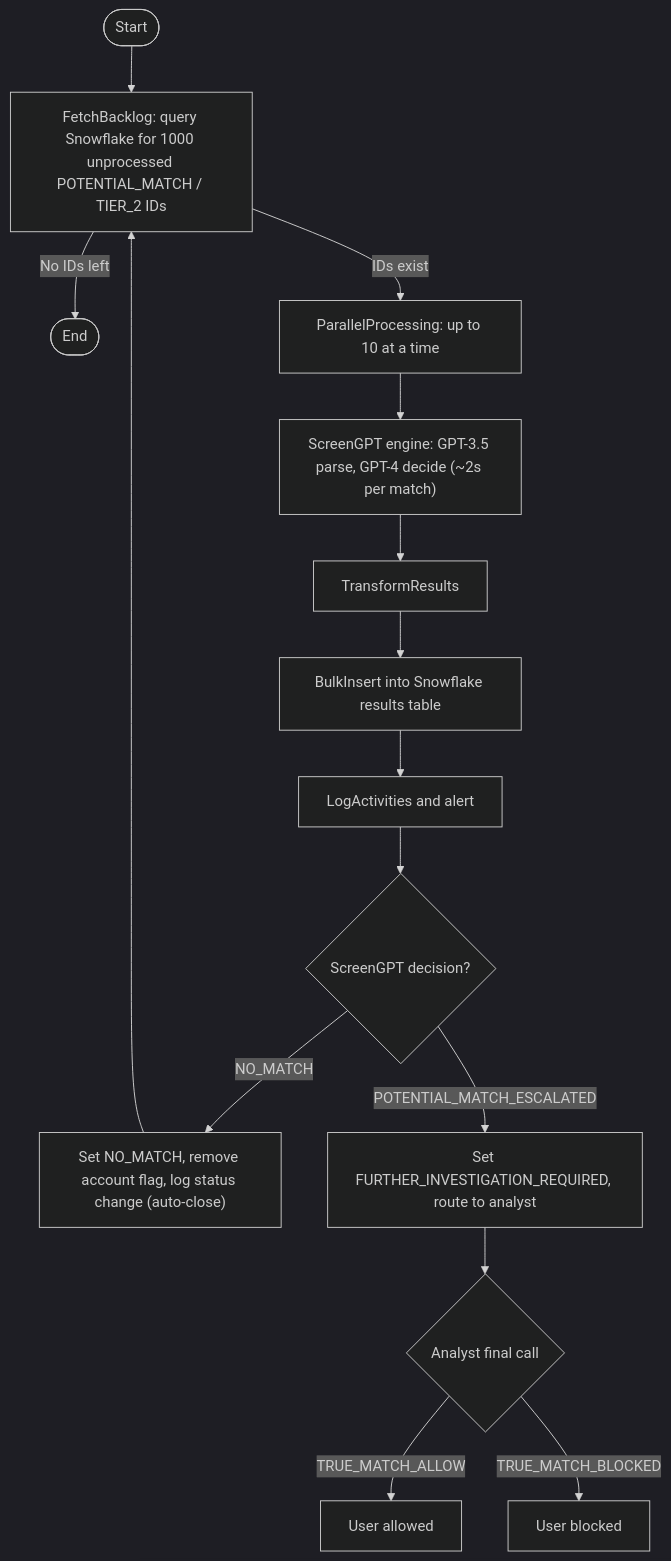
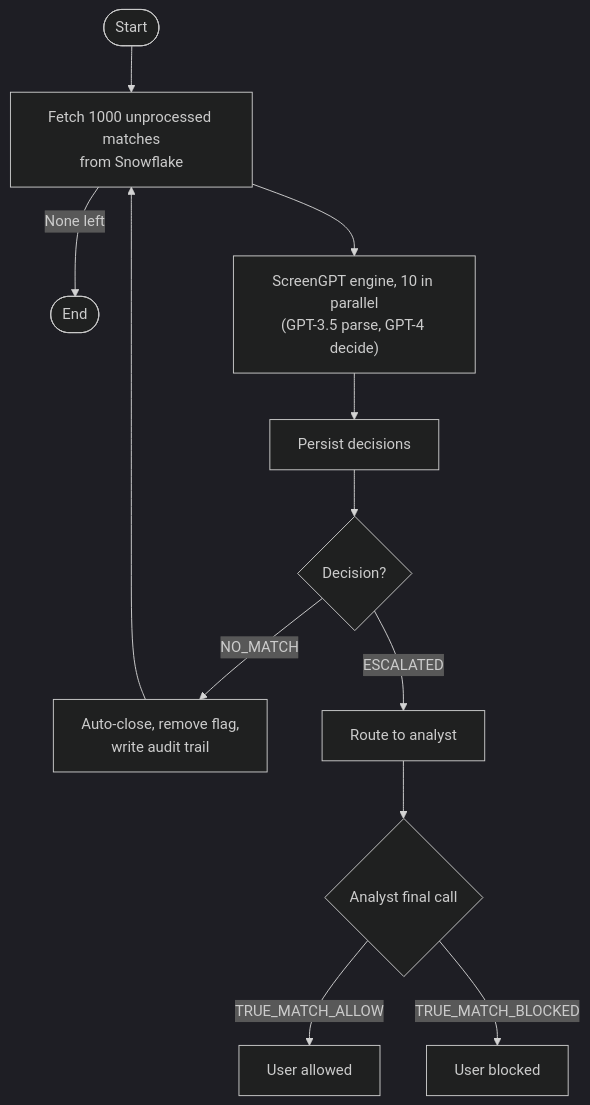
One commit to pradhann/np changed the diagram in content/work/screengpt-in-production.mdx. Above: the diagram before and after it, drawn with Mermaid (dark theme). The commit also changed other lines of this file and 9 other files, not shown here.

````diff
--- a/content/work/screengpt-in-production.mdx
+++ b/content/work/screengpt-in-production.mdx
@@ -26,17 +24,14 @@
 ```mermaid
 flowchart TD
-  start(["Start"]) --> fetch["FetchBacklog: query Snowflake for 1000 unprocessed POTENTIAL_MATCH / TIER_2 IDs"]
-  fetch -->|"No IDs left"| done(["End"])
-  fetch -->|"IDs exist"| parallel["ParallelProcessing: up to 10 at a time"]
-  parallel --> engine["ScreenGPT engine: GPT-3.5 parse, GPT-4 decide (~2s per match)"]
-  engine --> transform["TransformResults"]
-  transform --> insert["BulkInsert into Snowflake results table"]
-  insert --> log["LogActivities and alert"]
-  log --> decision{"ScreenGPT decision?"}
-  decision -->|"NO_MATCH"| noMatch["Set NO_MATCH, remove account flag, log status change (auto-close)"]
-  decision -->|"POTENTIAL_MATCH_ESCALATED"| esc["Set FURTHER_INVESTIGATION_REQUIRED, route to analyst"]
+  start(["Start"]) --> fetch["Fetch 1000 unprocessed matches<br/>from Snowflake"]
+  fetch -->|"None left"| done(["End"])
+  fetch --> engine["ScreenGPT engine, 10 in parallel<br/>(GPT-3.5 parse, GPT-4 decide)"]
+  engine --> insert["Persist decisions"]
+  insert --> decision{"Decision?"}
+  decision -->|"NO_MATCH"| noMatch["Auto-close, remove flag,<br/>write audit trail"]
+  decision -->|"ESCALATED"| esc["Route to analyst"]
   esc --> analyst{"Analyst final call"}
   analyst -->|"TRUE_MATCH_ALLOW"| allow["User allowed"]
   analyst -->|"TRUE_MATCH_BLOCKED"| block["User blocked"]
   noMatch --> fetch
 ```
````
